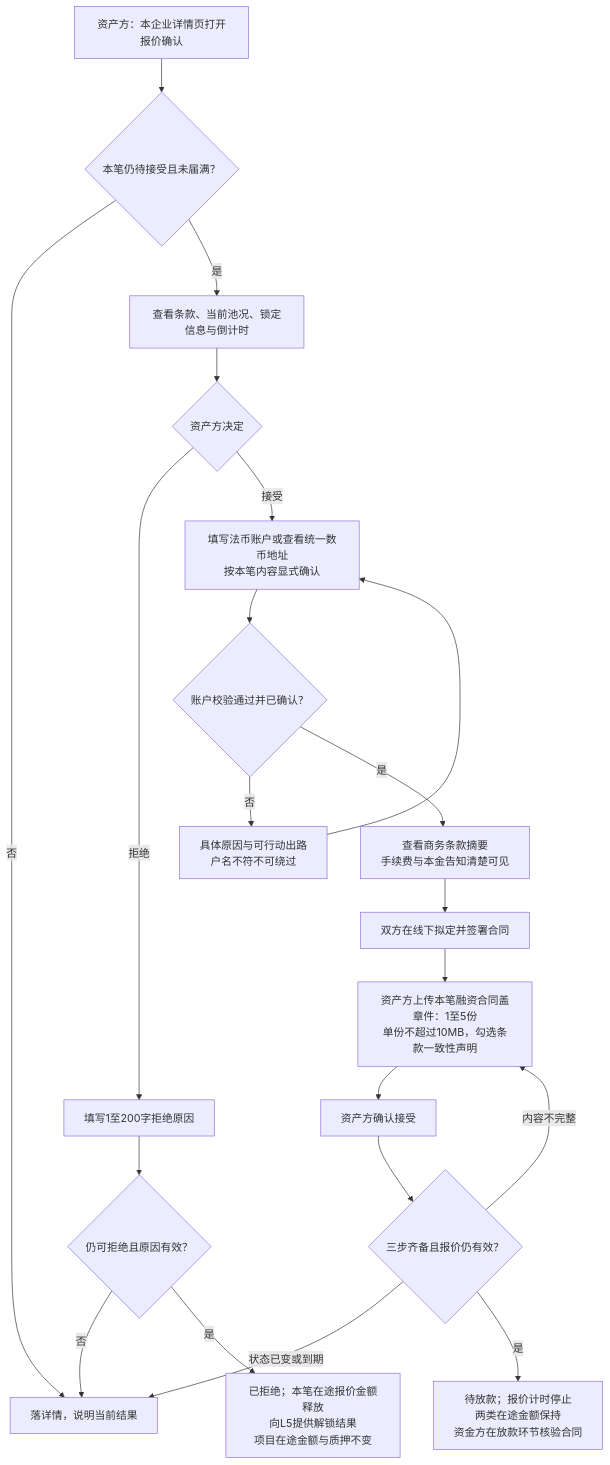
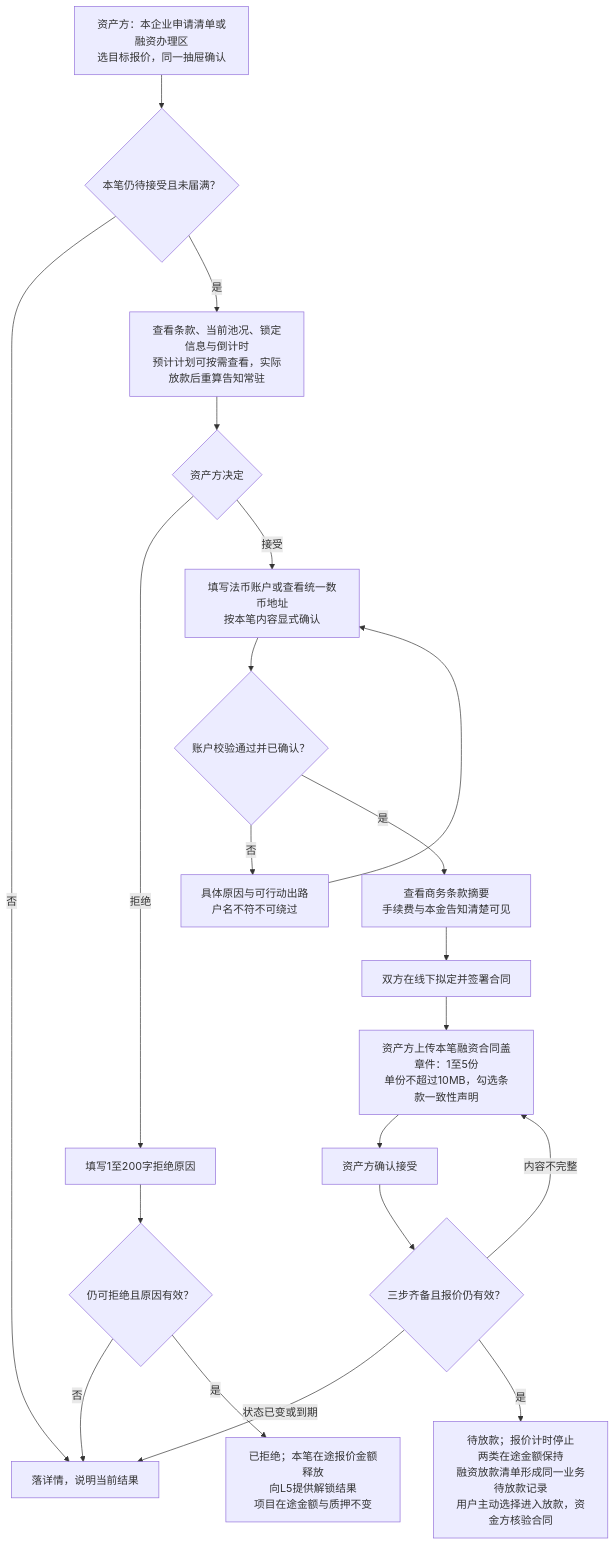
Before and after one commit to wxblockchain/Chain-Financing: the second of 8 diagrams in lending-platform/PRD/v1.0-借贷广场-授信报价与接受拒绝/v1.0-借贷广场-授信报价与接受拒绝-流程图与状态机.md, drawn with Mermaid. The commit also changed other lines of this file and 13 other files, not shown here.

````diff
--- a/lending-platform/PRD/v1.0-借贷广场-授信报价与接受拒绝/v1.0-借贷广场-授信报价与接受拒绝-流程图与状态机.md
+++ b/lending-platform/PRD/v1.0-借贷广场-授信报价与接受拒绝/v1.0-借贷广场-授信报价与接受拒绝-流程图与状态机.md
@@ -62,23 +63,23 @@
 ```mermaid
 flowchart TD
-  A["资产方：本企业详情页打开报价确认"] --> B{"本笔仍待接受且未届满？"}
+  A["资产方：本企业申请清单或融资办理区<br/>选目标报价，同一抽屉确认"] --> B{"本笔仍待接受且未届满？"}
   B -- "否" --> X["落详情，说明当前结果"]
-  B -- "是" --> C["查看条款、当前池况、锁定信息与倒计时"]
+  B -- "是" --> C["查看条款、当前池况、锁定信息与倒计时<br/>预计计划可按需查看，实际放款后重算告知常驻"]
   C --> D{"资产方决定"}
   D -- "拒绝" --> R["填写1至200字拒绝原因"]
   R --> R1{"仍可拒绝且原因有效？"}
   R1 -- "否" --> X
   R1 -- "是" --> R2["已拒绝；本笔在途报价金额释放<br/>向L5提供解锁结果<br/>项目在途金额与质押不变"]
   D -- "接受" --> E["填写法币账户或查看统一数币地址<br/>按本笔内容显式确认"]
   E --> F{"账户校验通过并已确认？"}
   F -- "否" --> E1["具体原因与可行动出路<br/>户名不符不可绕过"]
   E1 --> E
   F -- "是" --> G["查看商务条款摘要<br/>手续费与本金告知清楚可见"]
   G --> H["双方在线下拟定并签署合同"]
   H --> I["资产方上传本笔融资合同盖章件：1至5份<br/>单份不超过10MB，勾选条款一致性声明"]
   I --> J["资产方确认接受"]
   J --> K{"三步齐备且报价仍有效？"}
   K -- "状态已变或到期" --> X
   K -- "内容不完整" --> I
-  K -- "是" --> L["待放款；报价计时停止<br/>两类在途金额保持<br/>资金方在放款环节核验合同"]
+  K -- "是" --> L["待放款；报价计时停止<br/>两类在途金额保持<br/>融资放款清单形成同一业务待放款记录<br/>用户主动选择进入放款，资金方核验合同"]
 ```
````
